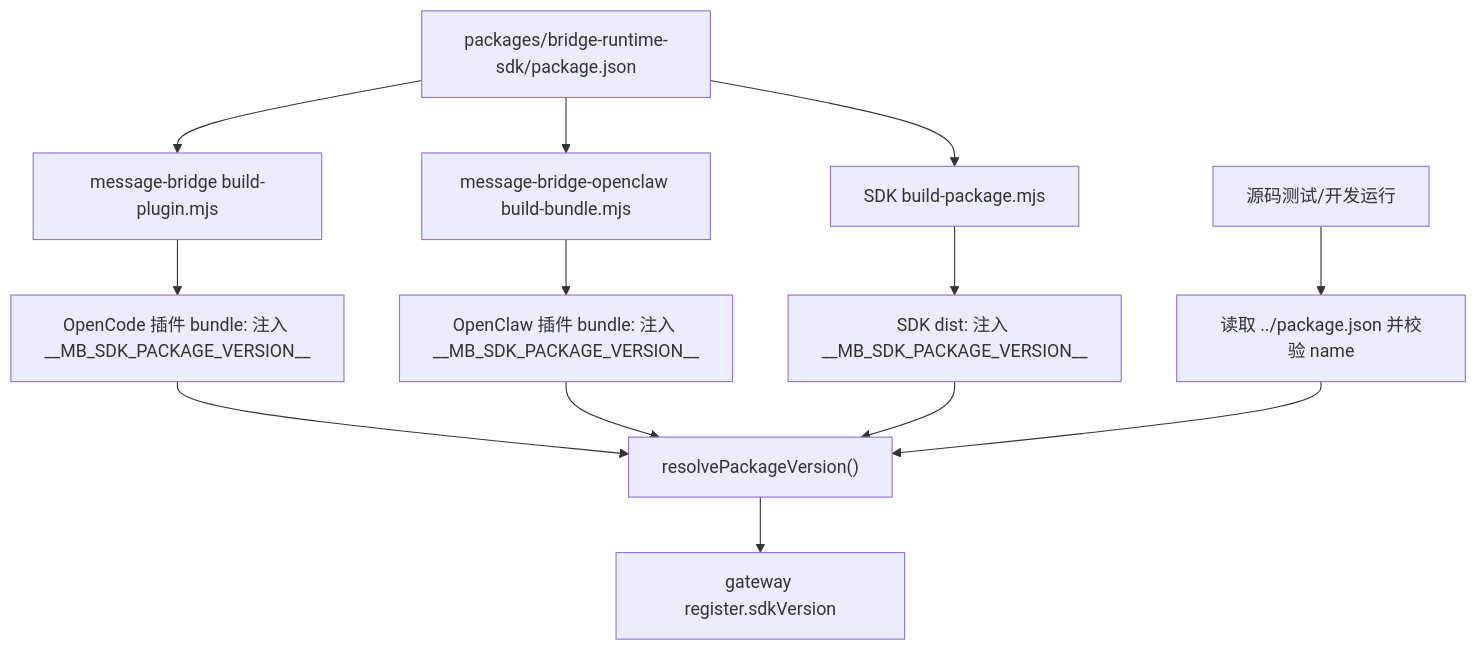
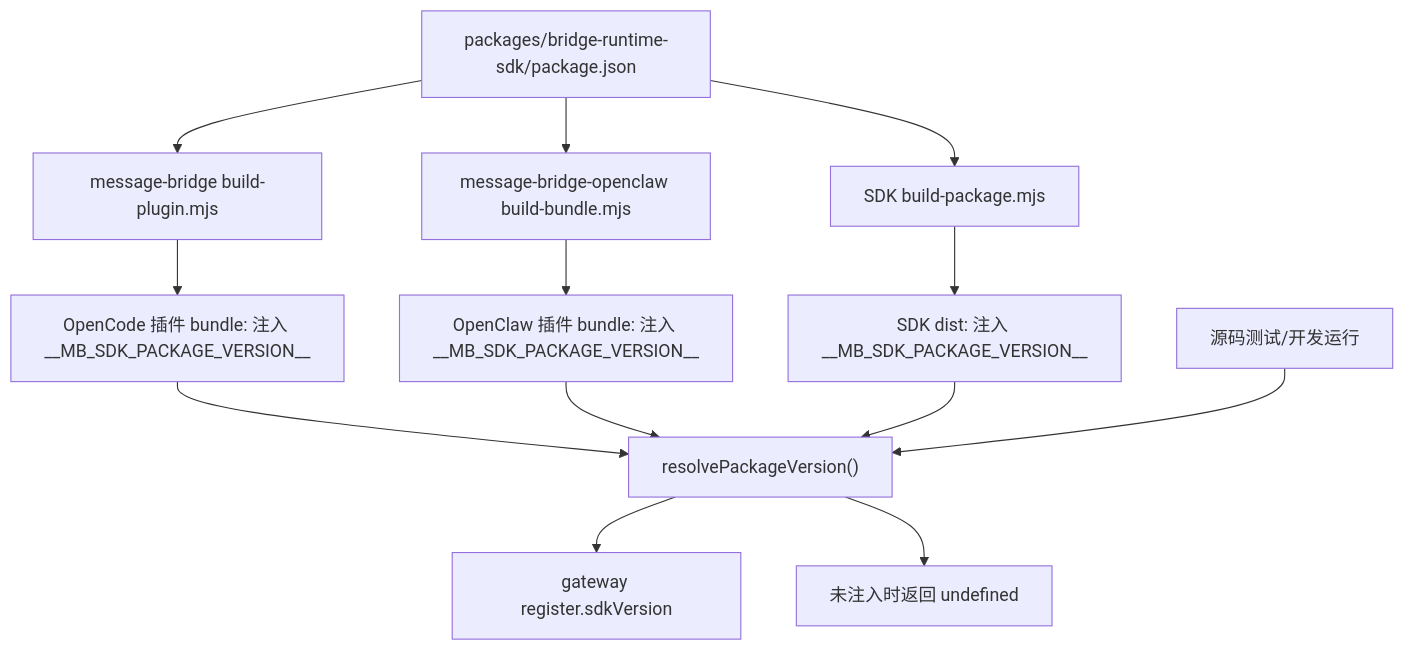
Before and after one commit to yuzhangCZ/agent-plugin: the first of 3 diagrams in packages/bridge-runtime-sdk/docs/design/sdk-package-version-reporting-design.md, drawn with Mermaid. The commit also changed other lines of this file and 4 other files, not shown here.

Commit message:
fix: rely on injected sdk package version at runtime

````diff
--- a/packages/bridge-runtime-sdk/docs/design/sdk-package-version-reporting-design.md
+++ b/packages/bridge-runtime-sdk/docs/design/sdk-package-version-reporting-design.md
@@ -42,18 +42,18 @@
 ```mermaid
 flowchart TD
     SDKPkg["packages/bridge-runtime-sdk/package.json"] --> SDKBuild["SDK build-package.mjs"]
     SDKBuild --> SDKDist["SDK dist: 注入 __MB_SDK_PACKAGE_VERSION__"]
 
     SDKPkg --> OpenCodeBuild["message-bridge build-plugin.mjs"]
     SDKPkg --> OpenClawBuild["message-bridge-openclaw build-bundle.mjs"]
     OpenCodeBuild --> OpenCodeBundle["OpenCode 插件 bundle: 注入 __MB_SDK_PACKAGE_VERSION__"]
     OpenClawBuild --> OpenClawBundle["OpenClaw 插件 bundle: 注入 __MB_SDK_PACKAGE_VERSION__"]
 
     OpenCodeBundle --> Resolver["resolvePackageVersion()"]
     OpenClawBundle --> Resolver
     SDKDist --> Resolver
     Resolver --> Register["gateway register.sdkVersion"]
 
-    SourceRuntime["源码测试/开发运行"] --> SourceFallback["读取 ../package.json 并校验 name"]
-    SourceFallback --> Resolver
+    SourceRuntime["源码测试/开发运行"] --> Resolver
+    Resolver --> MissingVersion["未注入时返回 undefined"]
 ```
````
